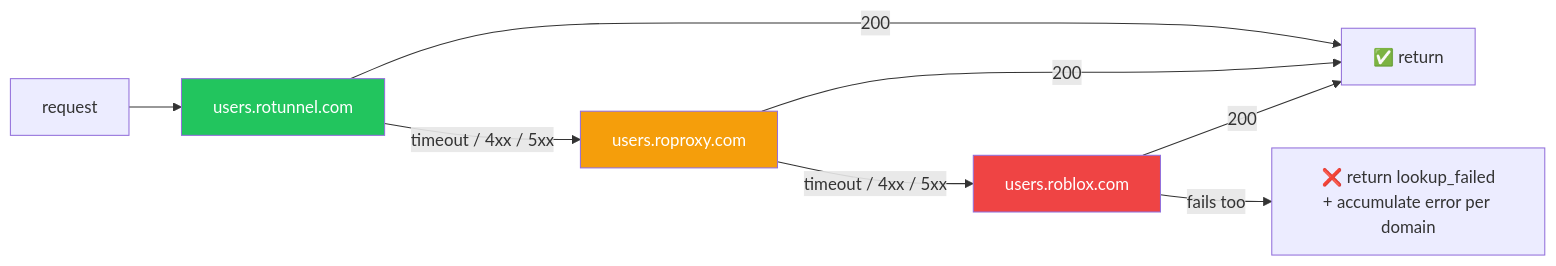
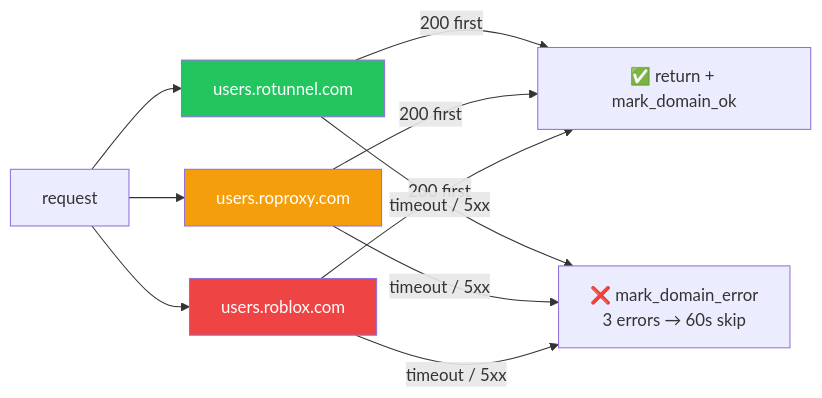
Before and after one commit to pizzarobloxh/bgc-bot: the tenth of 12 diagrams in README.md, drawn with Mermaid. The commit also changed other lines of this file, not shown here.

````diff
--- a/README.md
+++ b/README.md
@@ -368,14 +730,16 @@
 ```mermaid
 flowchart LR
     A["request"] --> B["users.rotunnel.com"]
-    B -->|"200"| OK["✅ return"]
-    B -->|"timeout / 4xx / 5xx"| C["users.roproxy.com"]
-    C -->|"200"| OK
-    C -->|"timeout / 4xx / 5xx"| D["users.roblox.com"]
-    D -->|"200"| OK
-    D -->|"fails too"| ERR["❌ return lookup_failed<br/>+ accumulate error per domain"]
+    A --> C["users.roproxy.com"]
+    A --> D["users.roblox.com"]
+    B -->|"200 first"| OK["✅ return + mark_domain_ok"]
+    C -->|"200 first"| OK
+    D -->|"200 first"| OK
+    B -->|"timeout / 5xx"| ERR["❌ mark_domain_error<br/>3 errors → 60s skip"]
+    C -->|"timeout / 5xx"| ERR
+    D -->|"timeout / 5xx"| ERR
 
     style B fill:#22c55e,color:#fff
     style C fill:#f59e0b,color:#fff
     style D fill:#ef4444,color:#fff
 ```
````
